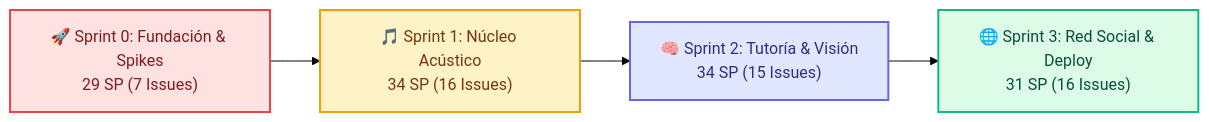
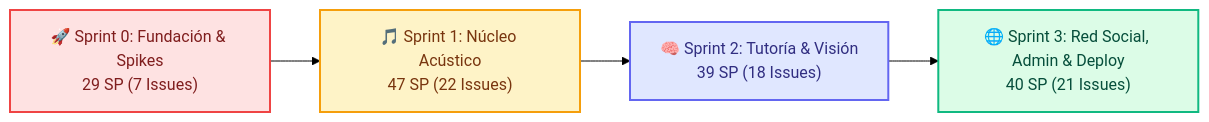
One commit to julioficctcr7/aliento-andino-julio changed the diagram in docs/SPRINTS_AND_USER_STORIES.md. Above: the diagram before and after it, drawn with Mermaid (forest theme). The commit also changed other lines of this file and 4 other files, not shown here.

````diff
--- a/docs/SPRINTS_AND_USER_STORIES.md
+++ b/docs/SPRINTS_AND_USER_STORIES.md
@@ -13,16 +13,16 @@
 ```mermaid
 flowchart LR
-    S0["🚀 Sprint 0: Fundación & Spikes<br/>29 SP (7 Issues)"] --> S1["🎵 Sprint 1: Núcleo Acústico<br/>34 SP (16 Issues)"]
-    S1 --> S2["🧠 Sprint 2: Tutoría & Visión<br/>34 SP (15 Issues)"]
-    S2 --> S3["🌐 Sprint 3: Red Social & Deploy<br/>31 SP (16 Issues)"]
+    S0["🚀 Sprint 0: Fundación & Spikes<br/>29 SP (7 Issues)"] --> S1["🎵 Sprint 1: Núcleo Acústico<br/>47 SP (22 Issues)"]
+    S1 --> S2["🧠 Sprint 2: Tutoría & Visión<br/>39 SP (18 Issues)"]
+    S2 --> S3["🌐 Sprint 3: Red Social, Admin & Deploy<br/>40 SP (21 Issues)"]
 
     classDef s0 fill:#fee2e2,stroke:#ef4444,stroke-width:2px,color:#7f1d1d;
     classDef s1 fill:#fef3c7,stroke:#f59e0b,stroke-width:2px,color:#78350f;
     classDef s2 fill:#e0e7ff,stroke:#6366f1,stroke-width:2px,color:#312e81;
     classDef s3 fill:#dcfce7,stroke:#10b981,stroke-width:2px,color:#064e3b;
 
     class S0 s0;
     class S1 s1;
     class S2 s2;
     class S3 s3;
 ```
````
